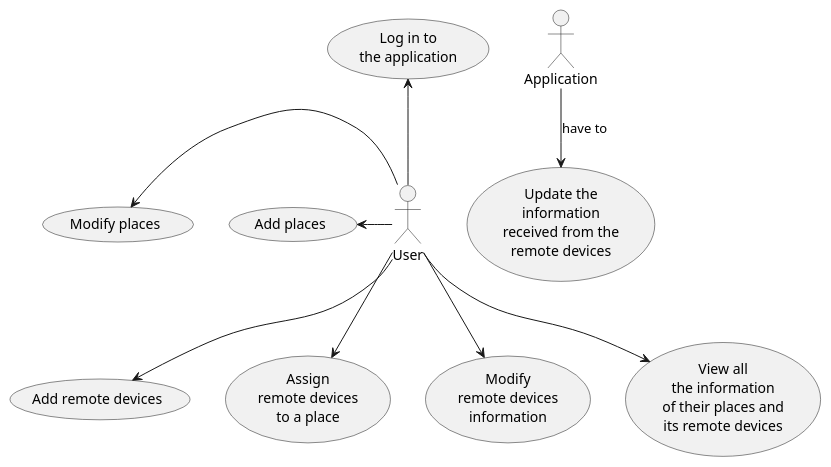
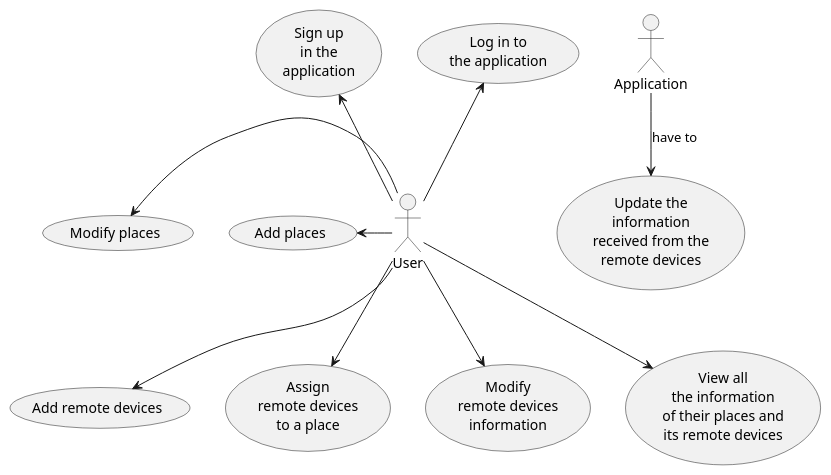
The diagram in FinalProject/Diagrams/DUsesCases.puml (hectorgastaminza/comit), drawn with PlantUML before and after one commit. The commit also changed 15 other files, not shown here.

```diff
--- a/FinalProject/Diagrams/DUsesCases.puml
+++ b/FinalProject/Diagrams/DUsesCases.puml
@@ -1,40 +1,45 @@
 @startuml
 
 usecase UC001 as "Log in to
 the application"
 
 usecase UC002 as "Add places"
 
 usecase UC003 as "Add remote devices"
 
 usecase UC004 as "Assign
 remote devices
 to a place"
 
 usecase UC005 as "Modify places"
 
 usecase UC006 as "Modify
 remote devices
 information"
 
 usecase UC007 as "View all
 the information
 of their places and
 its remote devices"
 
 usecase UC008 as "Update the
 information
 received from the
 remote devices"
 
+usecase UC009 as "Sign up 
+in the
+application"
+
 User -up-> (UC001)
 User -left-> (UC002)
 User -down-> (UC003)
 User -down-> (UC004)
 User -left-> (UC005)
 User -down-> (UC006)
 User -down-> (UC007)
+User -up-> (UC009)
 
 Application -down-> (UC008) : have to
 
 @enduml
```
